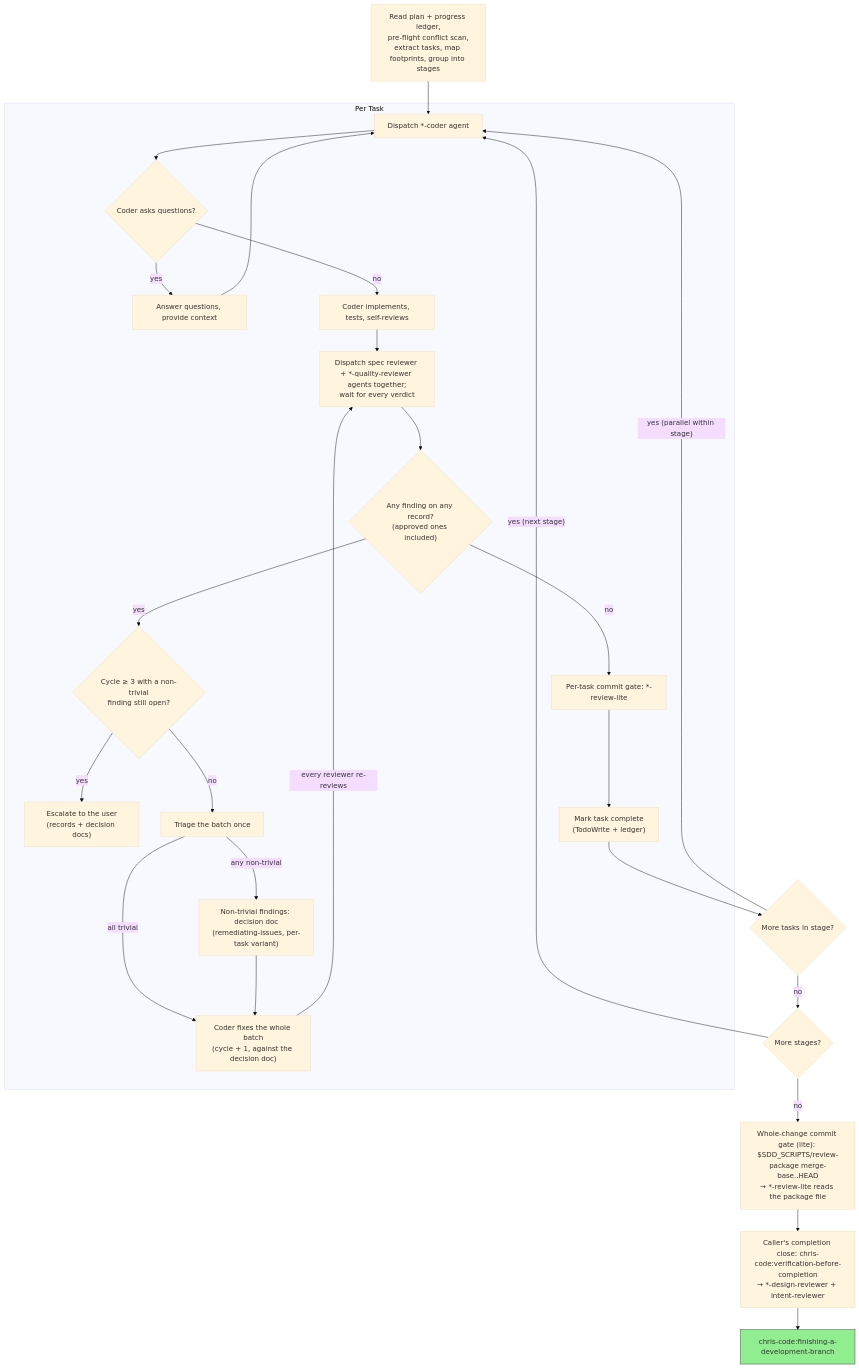
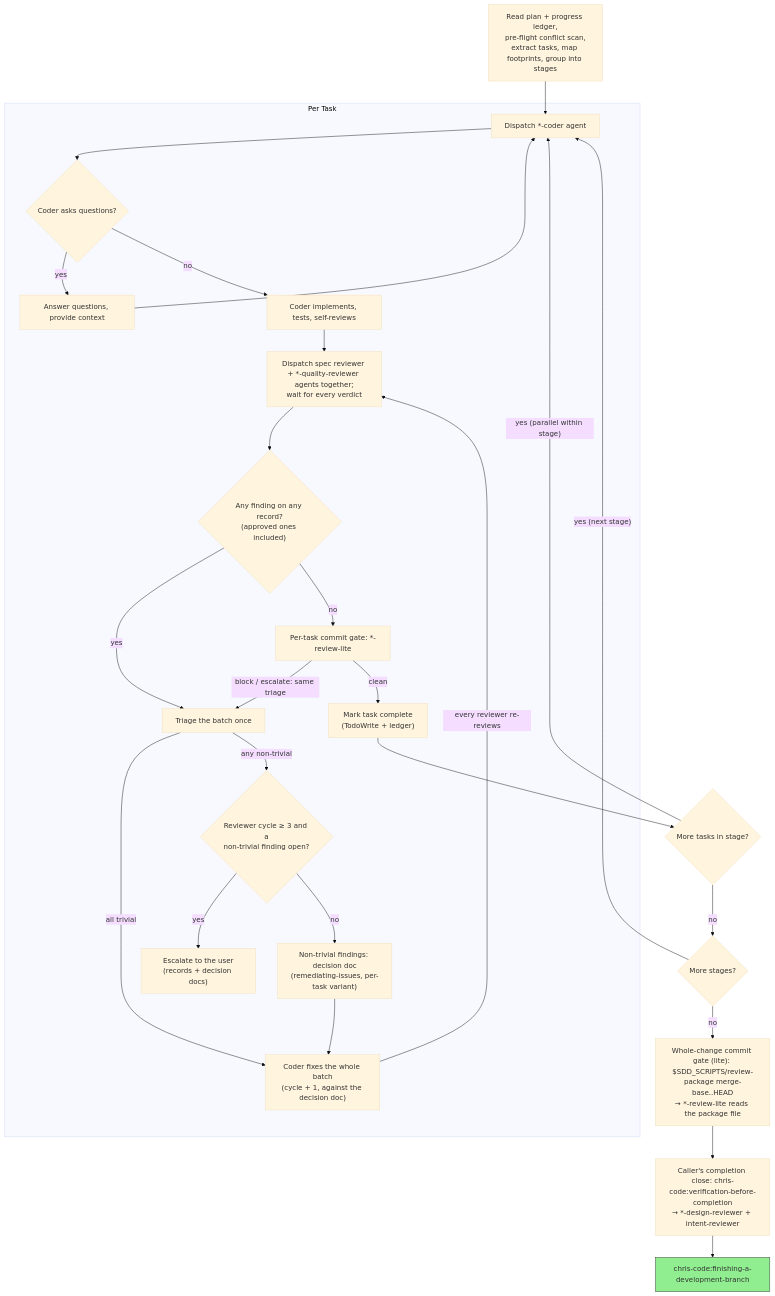
One commit to chris-santiago/claude-plugins changed the diagram in chris-code/skills/subagent-driven-development/SKILL.md. Above: the diagram before and after it, drawn with Mermaid (base theme). The commit also changed other lines of this file and 20 other files, not shown here.

````diff
--- a/chris-code/skills/subagent-driven-development/SKILL.md
+++ b/chris-code/skills/subagent-driven-development/SKILL.md
@@ -27,51 +27,52 @@
 ```mermaid
 flowchart TB
     subgraph Per Task
         coder["Dispatch *-coder agent"]
         questions{"Coder asks questions?"}
         answer["Answer questions, provide context"]
         implement["Coder implements, tests, self-reviews"]
         reviews["Dispatch spec reviewer + *-quality-reviewer agents together;<br/>wait for every verdict"]
         reviews_ok{"Any finding on any record?<br/>(approved ones included)"}
-        cap{"Cycle ≥ 3 with a non-trivial<br/>finding still open?"}
+        triage["Triage the batch once"]
+        cap{"Reviewer cycle ≥ 3 and a<br/>non-trivial finding open?"}
         escalate["Escalate to the user<br/>(records + decision docs)"]
-        triage["Triage the batch once"]
         decision["Non-trivial findings: decision doc<br/>(remediating-issues, per-task variant)"]
         fix["Coder fixes the whole batch<br/>(cycle + 1, against the decision doc)"]
         commit_gate["Per-task commit gate: *-review-lite"]
         done["Mark task complete<br/>(TodoWrite + ledger)"]
     end
 
     read["Read plan + progress ledger,<br/>pre-flight conflict scan,<br/>extract tasks, map footprints, group into stages"]
     more_tasks{"More tasks in stage?"}
     more_stages{"More stages?"}
     final_gate["Whole-change commit gate (lite): $SDD_SCRIPTS/review-package merge-base..HEAD<br/>→ *-review-lite reads the package file"]
     verification["Caller's completion close: chris-code:verification-before-completion<br/>→ *-design-reviewer + intent-reviewer"]
     finish["chris-code:finishing-a-development-branch"]:::finish
 
     read --> coder
     coder --> questions
     questions -->|yes| answer
     answer --> coder
     questions -->|no| implement
     implement --> reviews
     reviews --> reviews_ok
-    reviews_ok -->|yes| cap
+    reviews_ok -->|yes| triage
+    triage -->|all trivial| fix
+    triage -->|any non-trivial| cap
     cap -->|yes| escalate
-    cap -->|no| triage
-    triage -->|any non-trivial| decision
-    triage -->|all trivial| fix
+    cap -->|no| decision
     decision --> fix
     fix -->|"every reviewer re-reviews"| reviews
     reviews_ok -->|no| commit_gate
-    commit_gate --> done
+    commit_gate -->|"block / escalate: same triage"| triage
+    commit_gate -->|clean| done
     done --> more_tasks
     more_tasks -->|"yes (parallel within stage)"| coder
     more_tasks -->|no| more_stages
     more_stages -->|"yes (next stage)"| coder
     more_stages -->|no| final_gate
     final_gate --> verification
     verification --> finish
 
     classDef finish fill:#90EE90,stroke:#333
 ```
````
